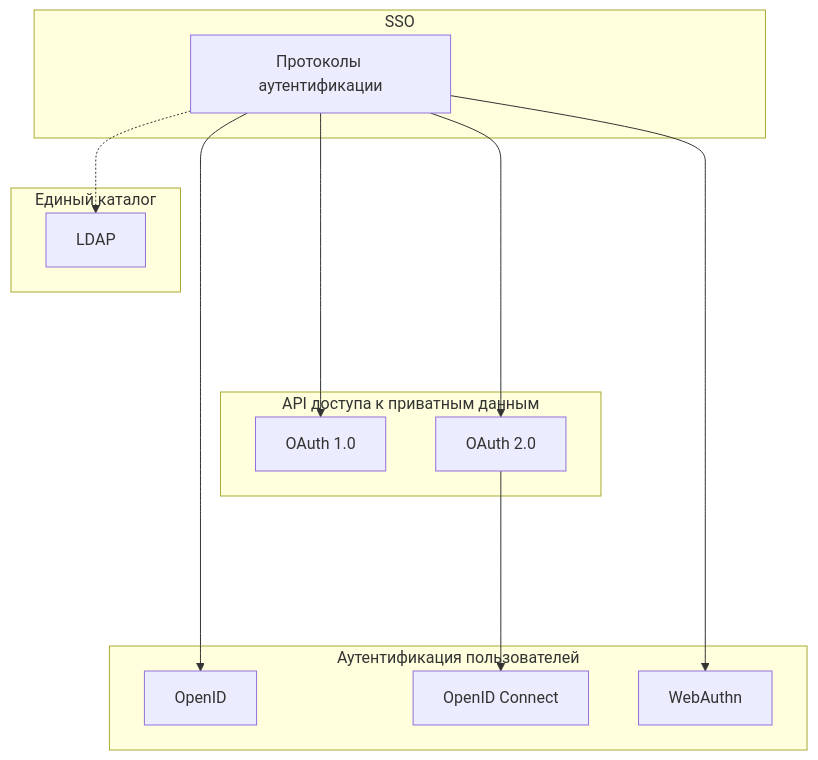
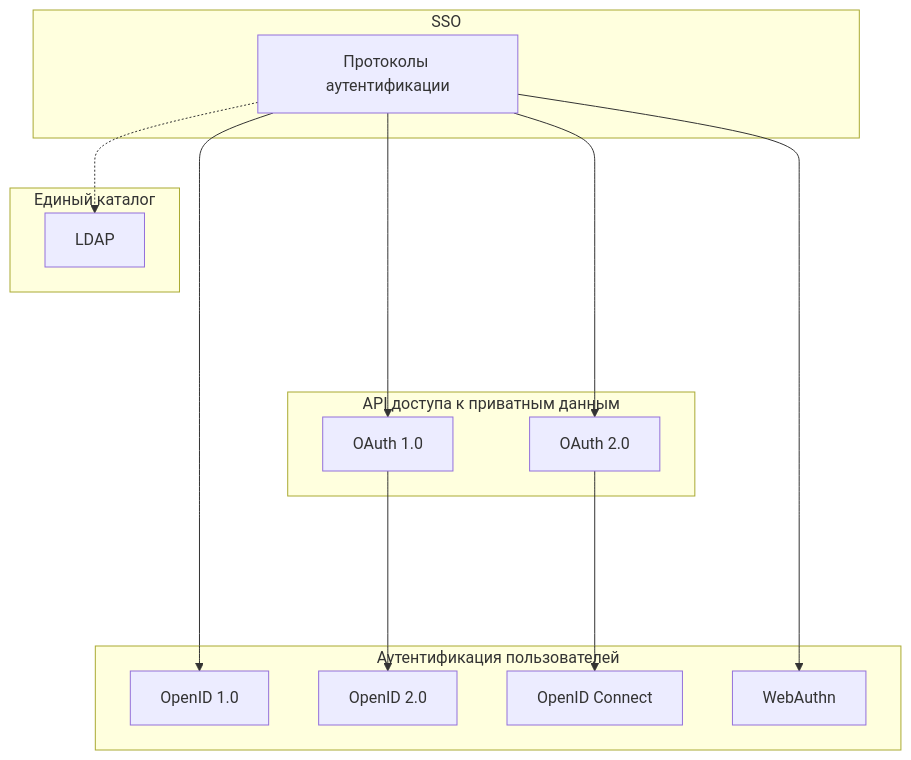
Before and after one commit to enkryptor/papers: the seventh of 7 diagrams in jwt-sso-authorization/README.md, drawn with Mermaid. The commit also changed other lines of this file, not shown here.

````diff
--- a/jwt-sso-authorization/README.md
+++ b/jwt-sso-authorization/README.md
@@ -199,22 +206,23 @@
 ```mermaid
 graph
 
 subgraph SSO
 all[Протоколы аутентификации]
 end
 
 subgraph API доступа к приватным данным
 all ----> oauth[OAuth 1.0]
 all ----> oauth2[OAuth 2.0]
 end
 
 subgraph Аутентификация пользователей
-all ----> OpenID
+all ----> openid1[OpenID 1.0]
+oauth ----> openid2[OpenID 2.0]
 oauth2 ----> openidconnect[OpenID Connect]
 all ----> WebAuthn
 end
 
 subgraph Единый каталог
 all -.-> ldap[LDAP]
 end
 ```
````
